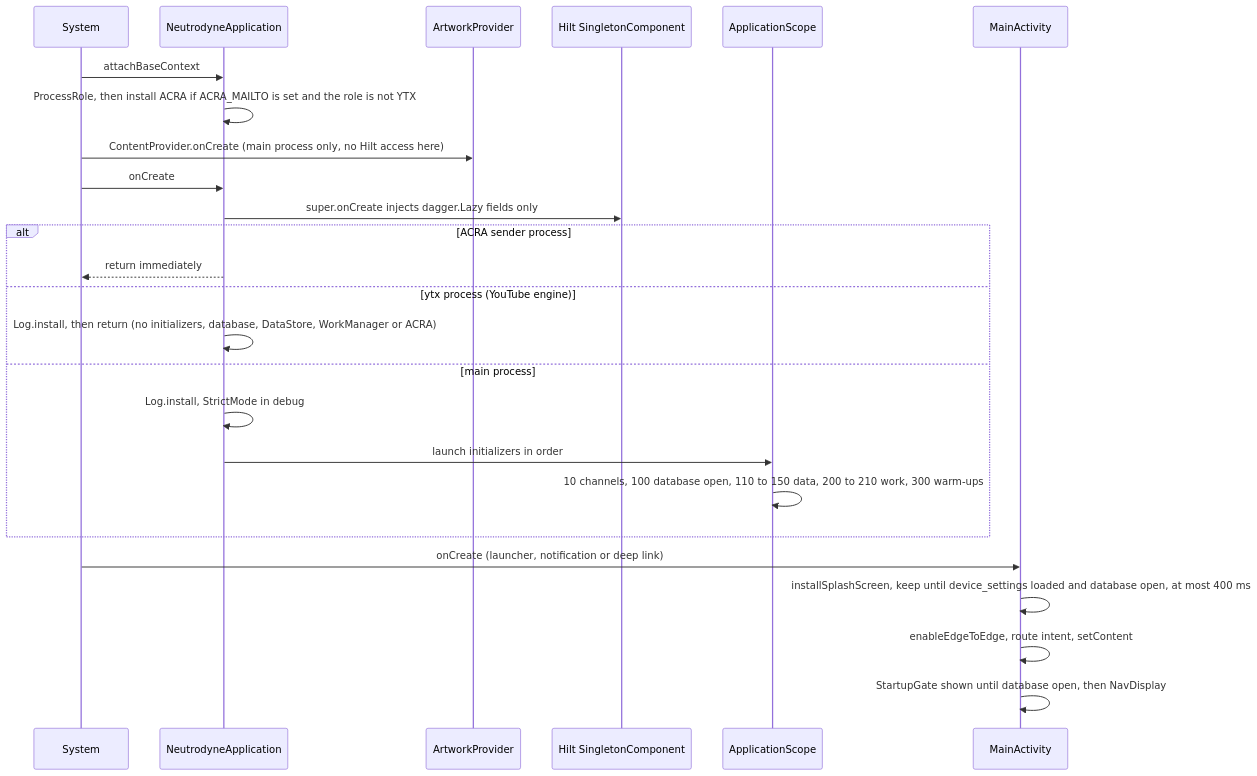
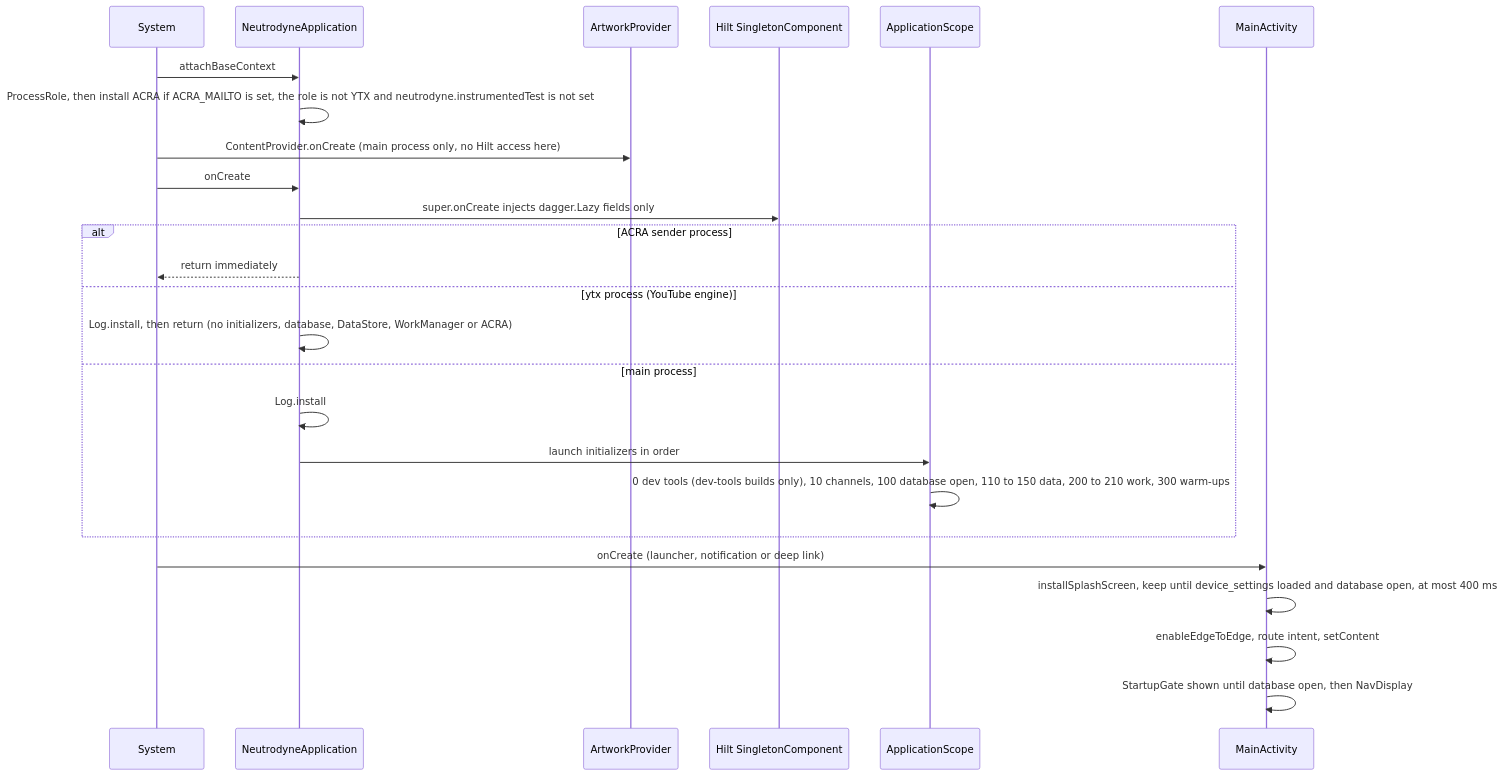
The second of 4 diagrams in docs/design/01-foundation.md (BigBoyDevBox/Neutrodyne), drawn with Mermaid before and after one commit. The commit also changed other lines of this file and 11 other files, not shown here.

First line of the commit message:
Revise plan for PO-31..35: notify-only updates, debug builds only

````diff
--- a/docs/design/01-foundation.md
+++ b/docs/design/01-foundation.md
@@ -800,27 +798,27 @@
 ```mermaid
 sequenceDiagram
   participant Z as System
   participant A as NeutrodyneApplication
   participant P as ArtworkProvider
   participant H as Hilt SingletonComponent
   participant S as ApplicationScope
   participant M as MainActivity
   Z->>A: attachBaseContext
-  A->>A: ProcessRole, then install ACRA if ACRA_MAILTO is set and the role is not YTX
+  A->>A: ProcessRole, then install ACRA if ACRA_MAILTO is set, the role is not YTX and neutrodyne.instrumentedTest is not set
   Z->>P: ContentProvider.onCreate (main process only, no Hilt access here)
   Z->>A: onCreate
   A->>H: super.onCreate injects dagger.Lazy fields only
   alt ACRA sender process
     A-->>Z: return immediately
   else ytx process (YouTube engine)
     A->>A: Log.install, then return (no initializers, database, DataStore, WorkManager or ACRA)
   else main process
-    A->>A: Log.install, StrictMode in debug
+    A->>A: Log.install
     A->>S: launch initializers in order
-    S->>S: 10 channels, 100 database open, 110 to 150 data, 200 to 210 work, 300 warm-ups
+    S->>S: 0 dev tools (dev-tools builds only), 10 channels, 100 database open, 110 to 150 data, 200 to 210 work, 300 warm-ups
   end
   Z->>M: onCreate (launcher, notification or deep link)
   M->>M: installSplashScreen, keep until device_settings loaded and database open, at most 400 ms
   M->>M: enableEdgeToEdge, route intent, setContent
   M->>M: StartupGate shown until database open, then NavDisplay
 ```
````
